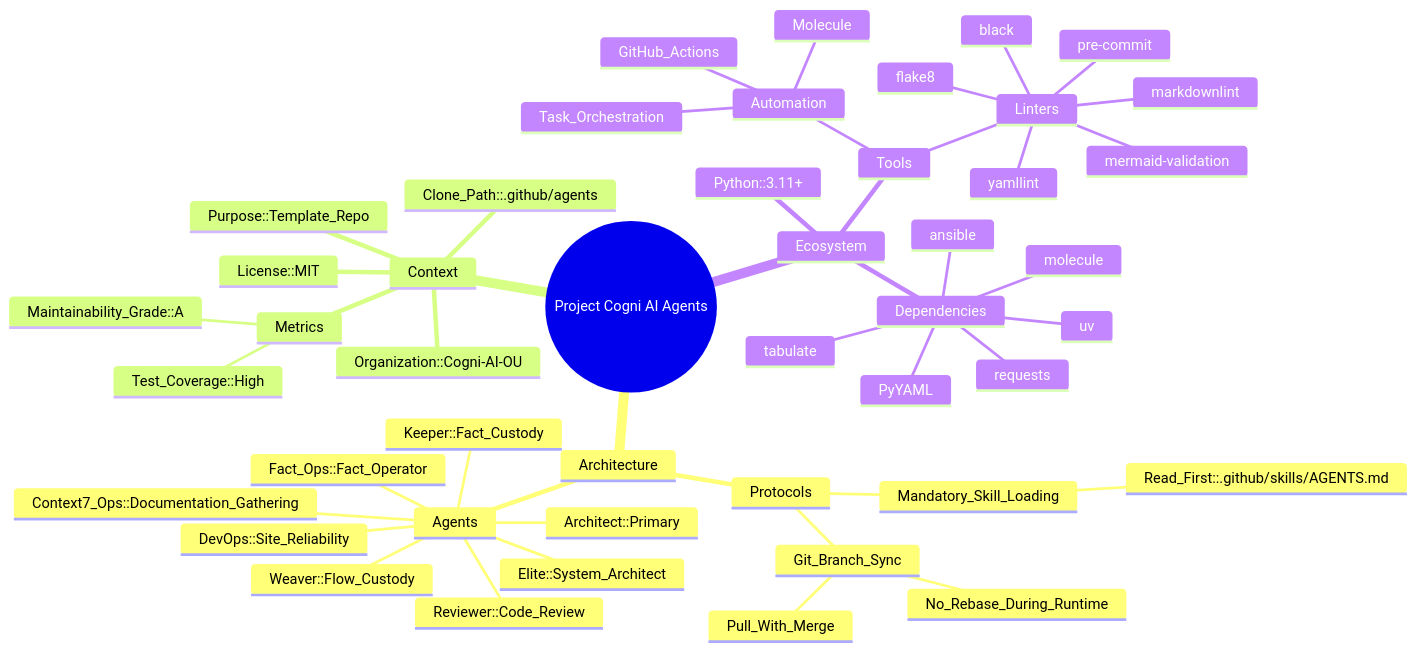
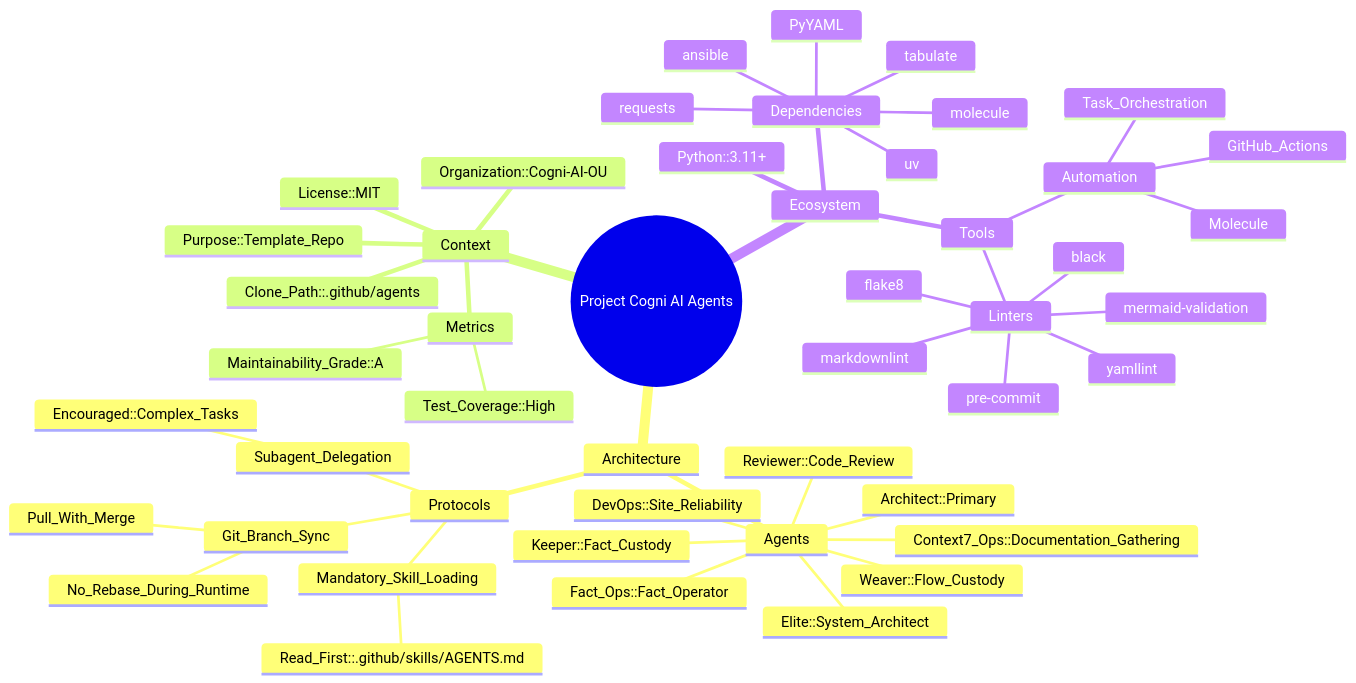
Before and after one commit to Cogni-AI-OU/cogni-ai-agents: the diagram in FACTS.mmd, drawn with Mermaid. The commit also changed 2 other files, not shown here.

Commit message:
Add Subagent Delegation to docs/facts

```diff
--- a/FACTS.mmd
+++ b/FACTS.mmd
@@ -1,49 +1,52 @@
 %% Project's facts
 %% Note: Keep items in alphabetical order.
 mindmap
   root((Project Cogni AI Agents))
     Architecture
       Agents
         Architect::Primary
         Context7_Ops::Documentation_Gathering
         DevOps::Site_Reliability
         Elite::System_Architect
         Fact_Ops::Fact_Operator
         Keeper::Fact_Custody
         Reviewer::Code_Review
         Weaver::Flow_Custody
       Protocols
         Git_Branch_Sync
           No_Rebase_During_Runtime
           Pull_With_Merge
         Mandatory_Skill_Loading
           Read_First::.github/skills/AGENTS.md
+        Subagent_Delegation
+          Encouraged::Complex_Tasks
+
     Context
       Clone_Path::.github/agents
       License::MIT
       Metrics
         Maintainability_Grade::A
         Test_Coverage::High
       Organization::Cogni-AI-OU
       Purpose::Template_Repo
     Ecosystem
       Dependencies
         PyYAML
         ansible
         molecule
         requests
         tabulate
         uv
       Python::3.11+
       Tools
         Automation
           GitHub_Actions
           Molecule
           Task_Orchestration
         Linters
           black
           flake8
           markdownlint
           mermaid-validation
           pre-commit
           yamllint
```
